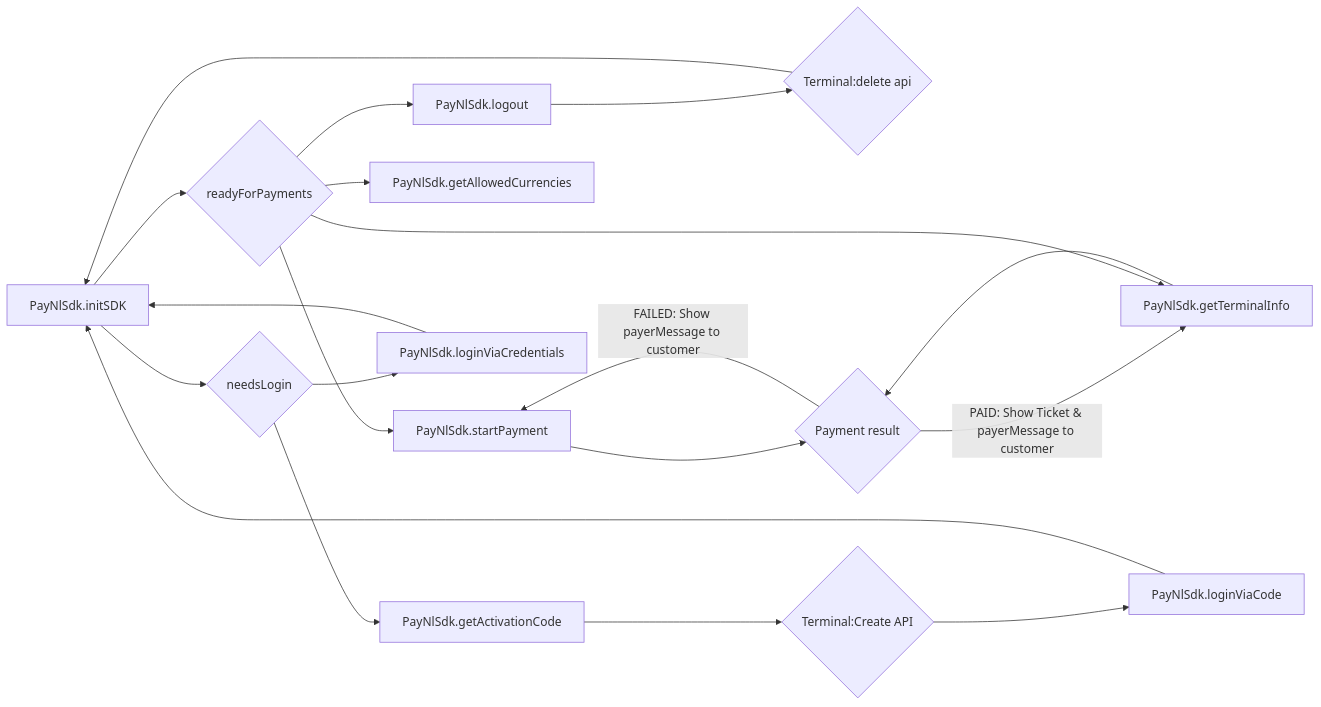
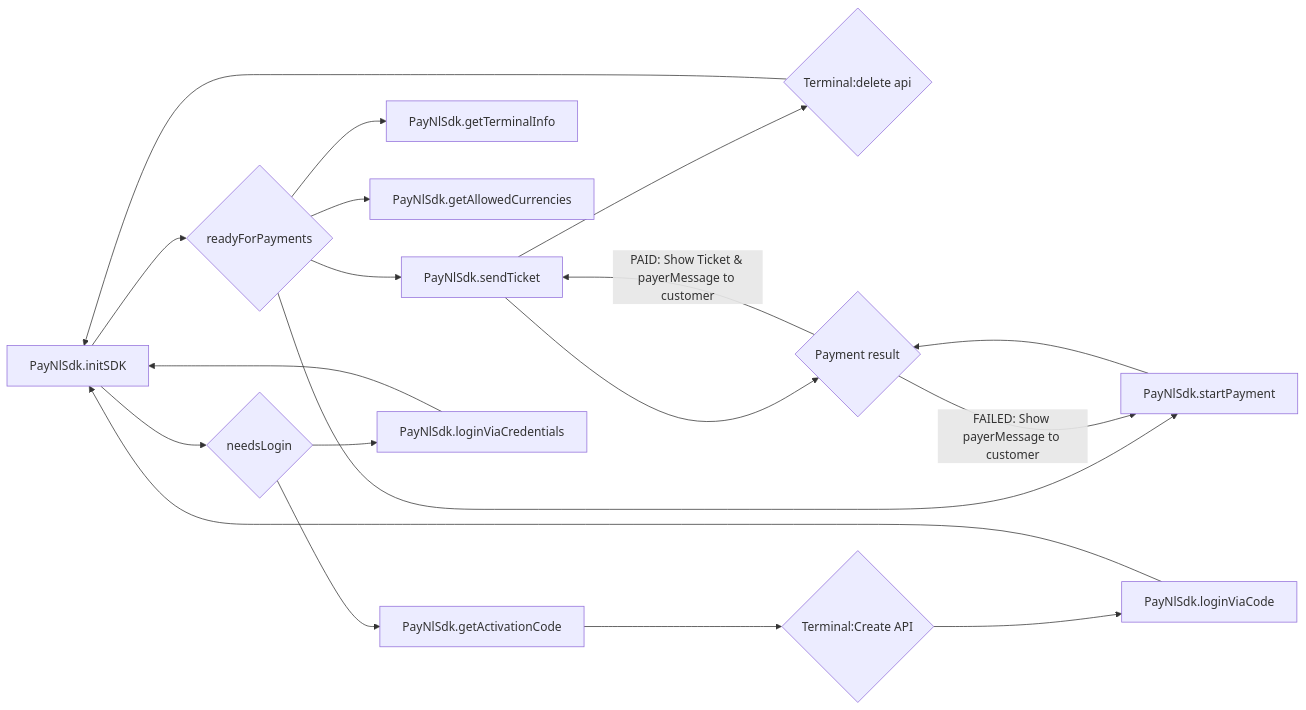
Before and after one commit to paynl/POS.SDK: the diagram in docs/sdk-react-native.md, drawn with Mermaid. The commit also changed 2 other files, not shown here.

````diff
--- a/docs/sdk-react-native.md
+++ b/docs/sdk-react-native.md
@@ -103,21 +103,21 @@
 ```mermaid
 flowchart LR;
   A[PayNlSdk.initSDK] --> B{readyForPayments}
   A --> M{needsLogin}
   B --> K[PayNlSdk.logout]
   K --> L{Terminal:delete api}
   L --> A
   B --> F[PayNlSdk.startPayment]
   F --> H{Payment result}
-  H --> |PAID: Show Ticket & payerMessage to customer| I
-  I[PayNlSdk.sendTicket] --> H
+  H --> |PAID: Show Ticket & payerMessage to customer| K
+  K[PayNlSdk.sendTicket] --> H
   H --> |FAILED: Show payerMessage to customer| F
   B --> I[PayNlSdk.getTerminalInfo]
   B --> J[PayNlSdk.getAllowedCurrencies]
   M --> C[PayNlSdk.getActivationCode]
   C --> D{Terminal:Create API}
   D --> E[PayNlSdk.loginViaCode]
   E --> A
   M --> G[PayNlSdk.loginViaCredentials]
   G --> A
 ```
````
